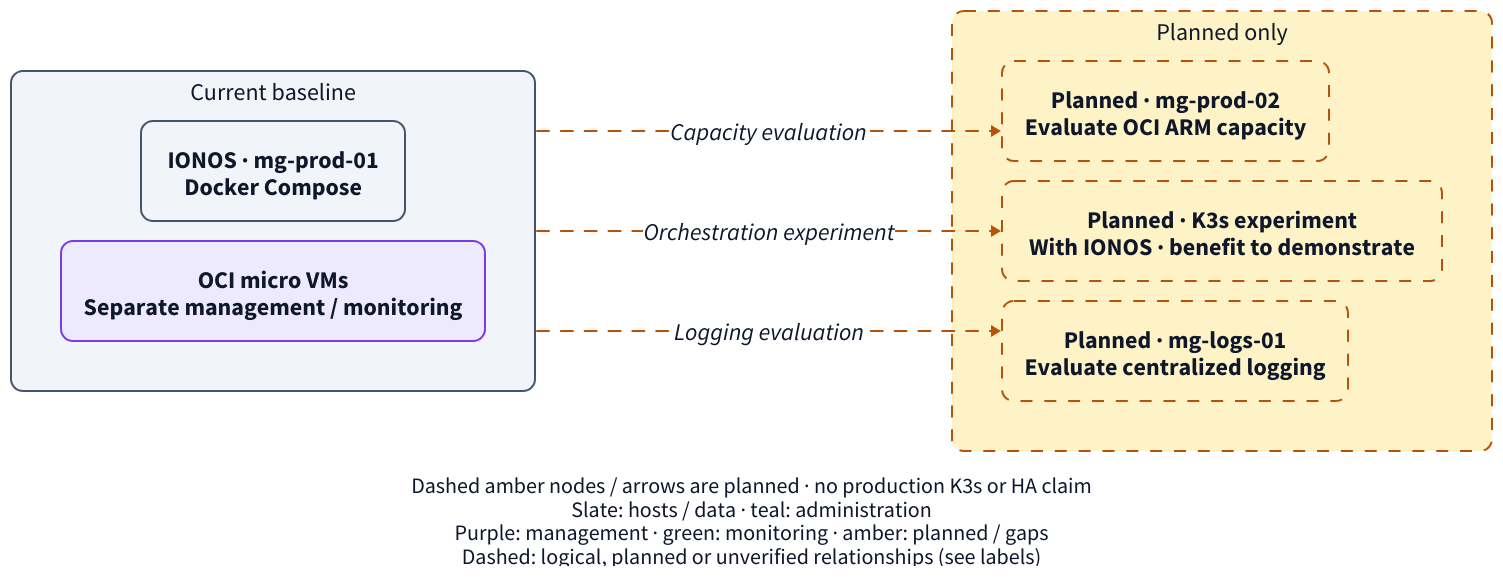
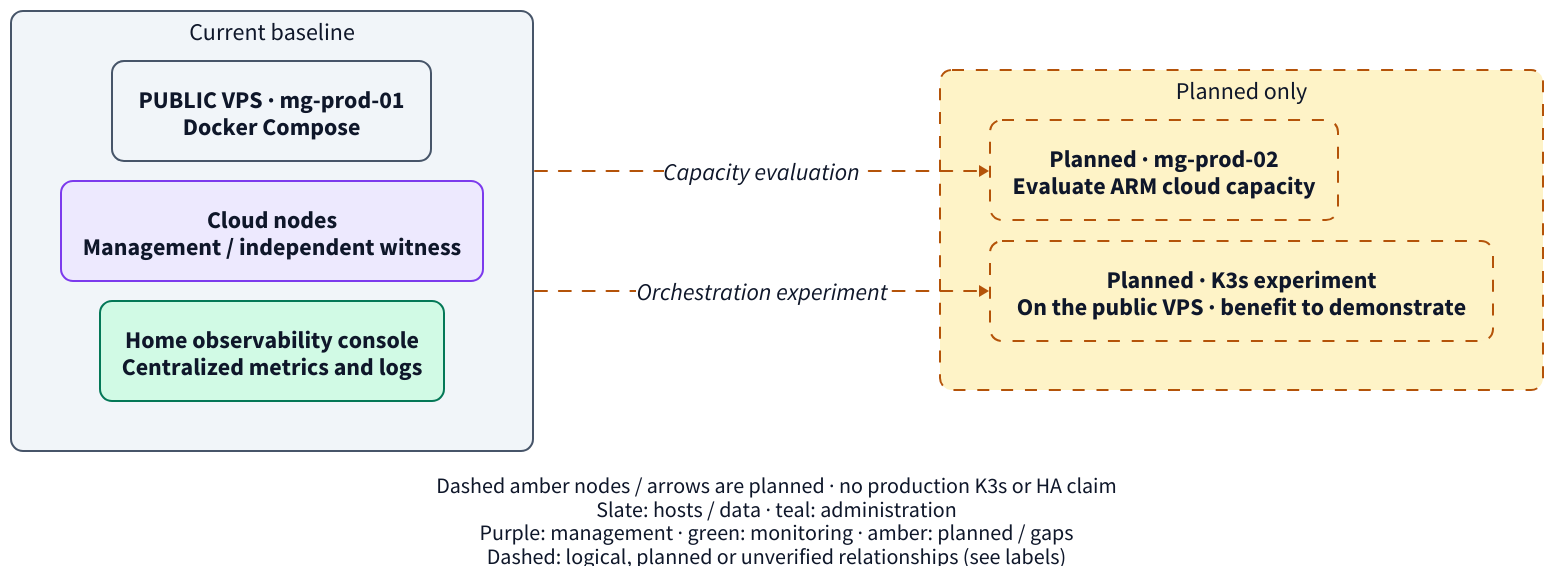
The diagram in diagrams/src/future-architecture.d2 (matteo-genovese/mg-lab), drawn with D2 before and after one commit. The commit also changed 32 other files, not shown here.

First line of the commit message:
Document the observability console and drop provider and city identifiers before publication

```diff
--- a/diagrams/src/future-architecture.d2
+++ b/diagrams/src/future-architecture.d2
@@ -1,38 +1,37 @@
 direction: right
 vars: {d2-config: {layout-engine: elk; theme-id: 0}}
 **.style.font-size: 24
 **.style.font-color: "#0f172a"
 **.style.border-radius: 12
 classes: {
   default: {style: {fill: "#f1f5f9"; stroke: "#475569"; font-color: "#0f172a"; font-size: 24; border-radius: 12}}
   control: {style.fill: "#ede9fe"; style.stroke: "#7c3aed"}
   monitor: {style.fill: "#d1fae5"; style.stroke: "#047857"}
   overlay: {style.fill: "#ccfbf1"; style.stroke: "#0f766e"}
   caveat: {style.fill: "#fef3c7"; style.stroke: "#b45309"}
   planned: {style.fill: "#fef3c7"; style.stroke: "#b45309"; style.stroke-dash: 6}
   public: {style.stroke: "#047857"; style.stroke-width: 3; style.font-size: 24; style.font-color: "#0f172a"}
   private: {style.stroke: "#0f766e"; style.stroke-width: 3; style.stroke-dash: 6; style.font-size: 24; style.font-color: "#0f172a"}
   flow: {style.stroke: "#475569"; style.stroke-width: 2; style.font-size: 24; style.font-color: "#0f172a"}
   uncertain: {style.stroke: "#b45309"; style.stroke-dash: 6; style.font-size: 24; style.font-color: "#0f172a"}
 }
 current: "Current baseline" {
   class: default
-  prod: "IONOS · mg-prod-01\nDocker Compose" {class: default}
-  control: "OCI micro VMs\nSeparate management / monitoring" {class: control}
+  prod: "PUBLIC VPS · mg-prod-01\nDocker Compose" {class: default}
+  control: "Cloud nodes\nManagement / independent witness" {class: control}
+  console: "Home observability console\nCentralized metrics and logs" {class: monitor}
 }
 planned: "Planned only" {
   class: planned
-  arm: "Planned · mg-prod-02\nEvaluate OCI ARM capacity" {class: planned}
-  k3s: "Planned · K3s experiment\nWith IONOS · benefit to demonstrate" {class: planned}
-  logs: "Planned · mg-logs-01\nEvaluate centralized logging" {class: planned}
+  arm: "Planned · mg-prod-02\nEvaluate ARM cloud capacity" {class: planned}
+  k3s: "Planned · K3s experiment\nOn the public VPS · benefit to demonstrate" {class: planned}
 }
 current -> planned.arm: "Capacity evaluation" {class: uncertain}
 current -> planned.k3s: "Orchestration experiment" {class: uncertain}
-current -> planned.logs: "Logging evaluation" {class: uncertain}
 
 legend: "Dashed amber nodes / arrows are planned · no production K3s or HA claim\nSlate: hosts / data · teal: administration\nPurple: management · green: monitoring · amber: planned / gaps\nDashed: logical, planned or unverified relationships (see labels)" {
   shape: text
   near: bottom-center
   style.font-size: 22
   style.font-color: "#0f172a"
 }
```
